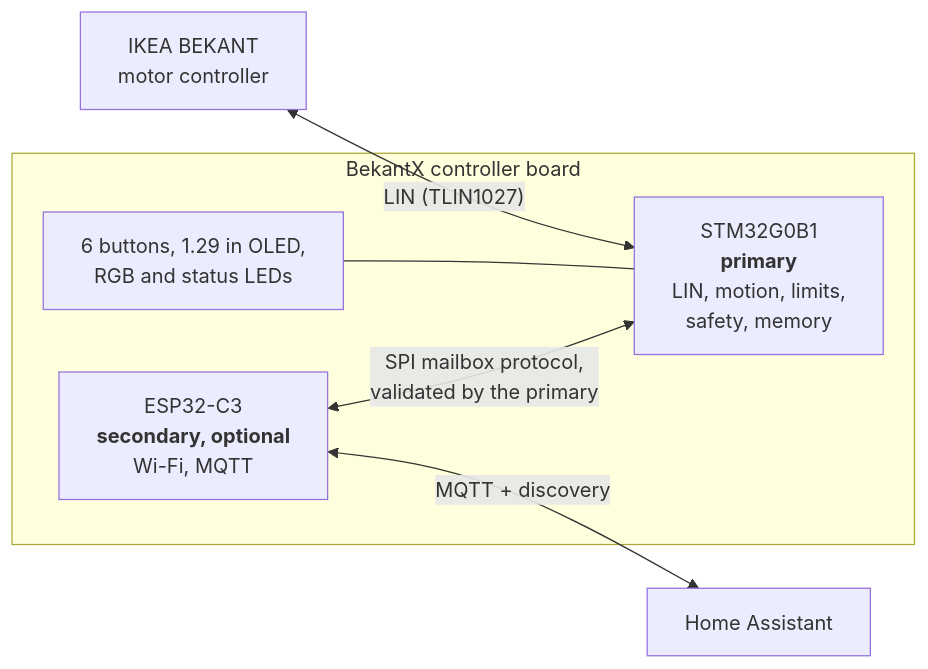
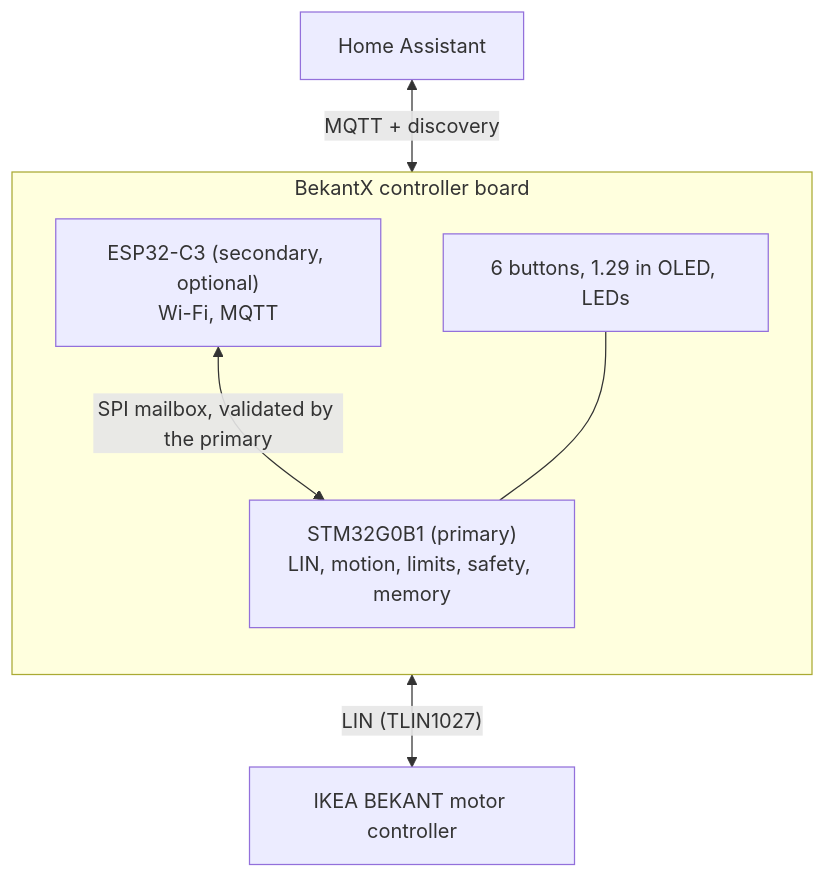
The diagram in README.md (MootSeeker/BekantX), drawn with Mermaid before and after one commit. The commit also changed other lines of this file and 47 other files, not shown here.

````diff
--- a/README.md
+++ b/README.md
@@ -70,14 +71,15 @@
 ```mermaid
-flowchart LR
-    desk["IKEA BEKANT<br/>motor controller"]
+flowchart TB
+    desk["IKEA BEKANT motor controller"]
+    ha["Home Assistant"]
     subgraph board["BekantX controller board"]
-        stm["STM32G0B1<br/><b>primary</b><br/>LIN, motion, limits,<br/>safety, memory"]
-        esp["ESP32-C3<br/><b>secondary, optional</b><br/>Wi-Fi, MQTT"]
-        hmi["6 buttons, 1.29 in OLED,<br/>RGB and status LEDs"]
+        direction TB
+        esp["ESP32-C3 (secondary, optional)<br/>Wi-Fi, MQTT"]
+        stm["STM32G0B1 (primary)<br/>LIN, motion, limits, safety, memory"]
+        hmi["6 buttons, 1.29 in OLED, LEDs"]
     end
-    ha["Home Assistant"]
-    desk <-- "LIN (TLIN1027)" --> stm
+    ha <-- "MQTT + discovery" --> esp
+    esp <-- "SPI mailbox, validated by the primary" --> stm
     hmi --- stm
-    esp <-- "SPI mailbox protocol,<br/>validated by the primary" --> stm
-    esp <-- "MQTT + discovery" --> ha
+    stm <-- "LIN (TLIN1027)" --> desk
 ```
````
